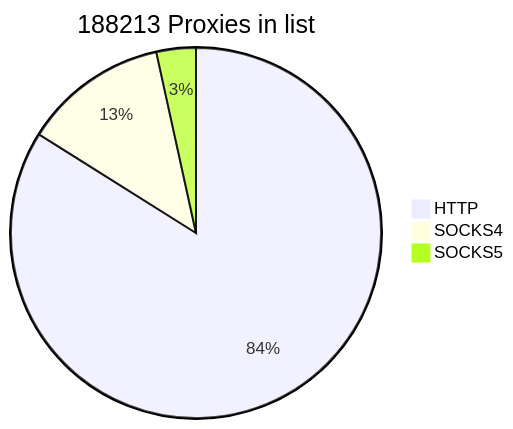
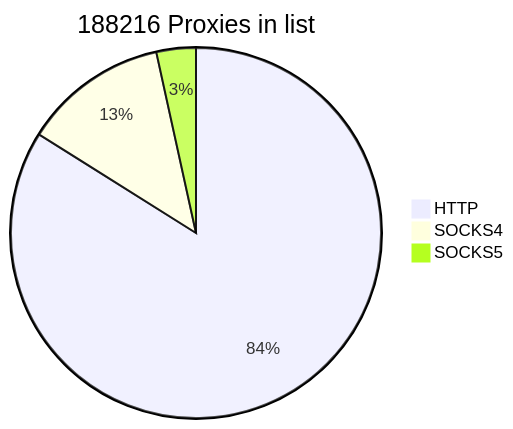
One commit to cutipu/proxylist changed the first of 2 diagrams in README.md. Above: the diagram before and after it, drawn with Mermaid. The commit also changed other lines of this file, not shown here.

````diff
--- a/README.md
+++ b/README.md
@@ -2,7 +2,7 @@
 ```mermaid
-pie title 188213 Proxies in list
+pie title 188216 Proxies in list
     "HTTP" : 157965
-    "SOCKS4" : 23771
-    "SOCKS5" : 6477
+    "SOCKS4" : 23773
+    "SOCKS5" : 6478
             
 ```
````
